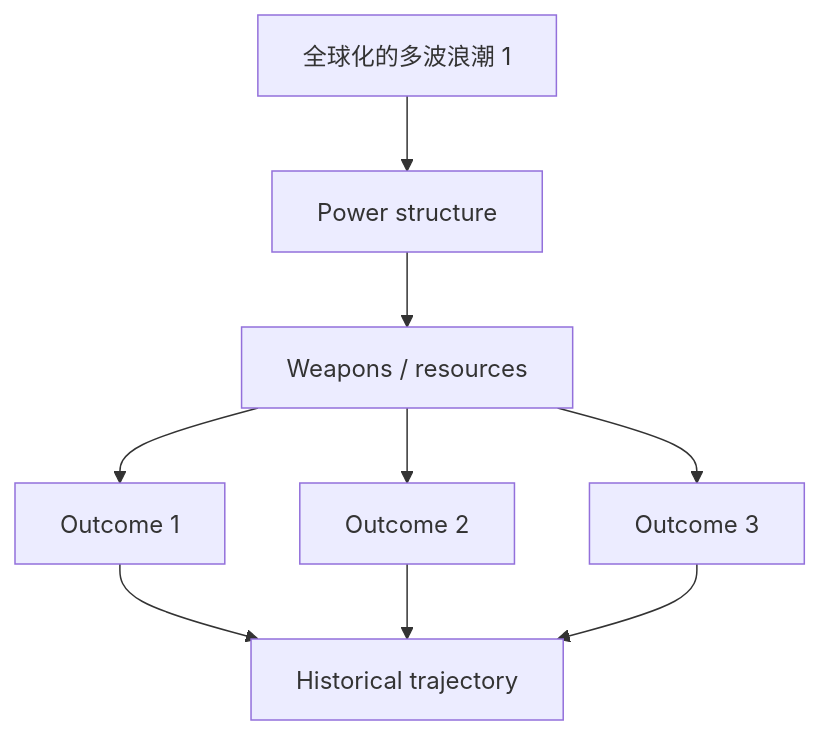
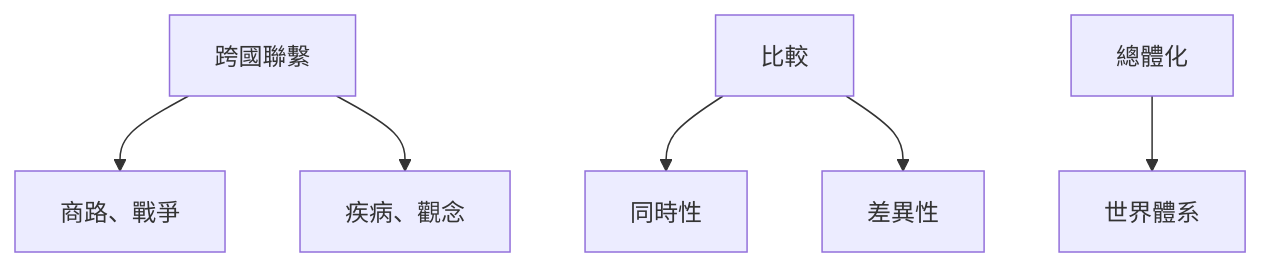
Before and after one commit to yip-lgtm/HKU-Harvard-History-Self-Study: the first of 6 diagrams in 01_HKU_Courses/HIST2233_Globalizing_History.md, drawn with Mermaid. The commit also changed other lines of this file and 48 other files, not shown here.

````diff
--- a/01_HKU_Courses/HIST2233_Globalizing_History.md
+++ b/01_HKU_Courses/HIST2233_Globalizing_History.md
@@ -107,11 +74,8 @@
 ```mermaid
-graph TD
-    A[全球化的多波浪潮 1] --> B[Power structure]
-    B --> C[Weapons / resources]
-    C --> D[Outcome 1]
-    C --> E[Outcome 2]
-    C --> F[Outcome 3]
-    D --> G[Historical trajectory]
-    E --> G
-    F --> G
+flowchart TD
+    A[跨國聯繫] --> B[商路、戰爭]
+    A --> C[疾病、觀念]
+    D[比較] --> E[同時性]
+    D --> F[差異性]
+    G[總體化] --> H[世界體系]
 ```
````
